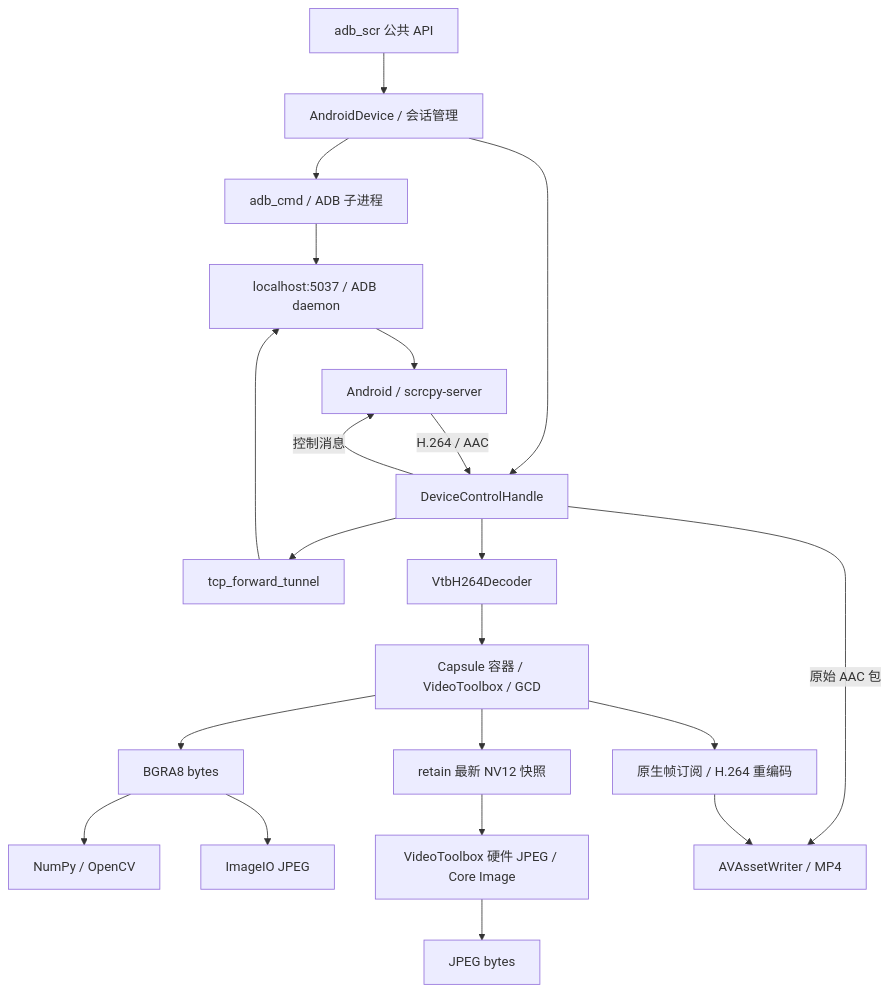
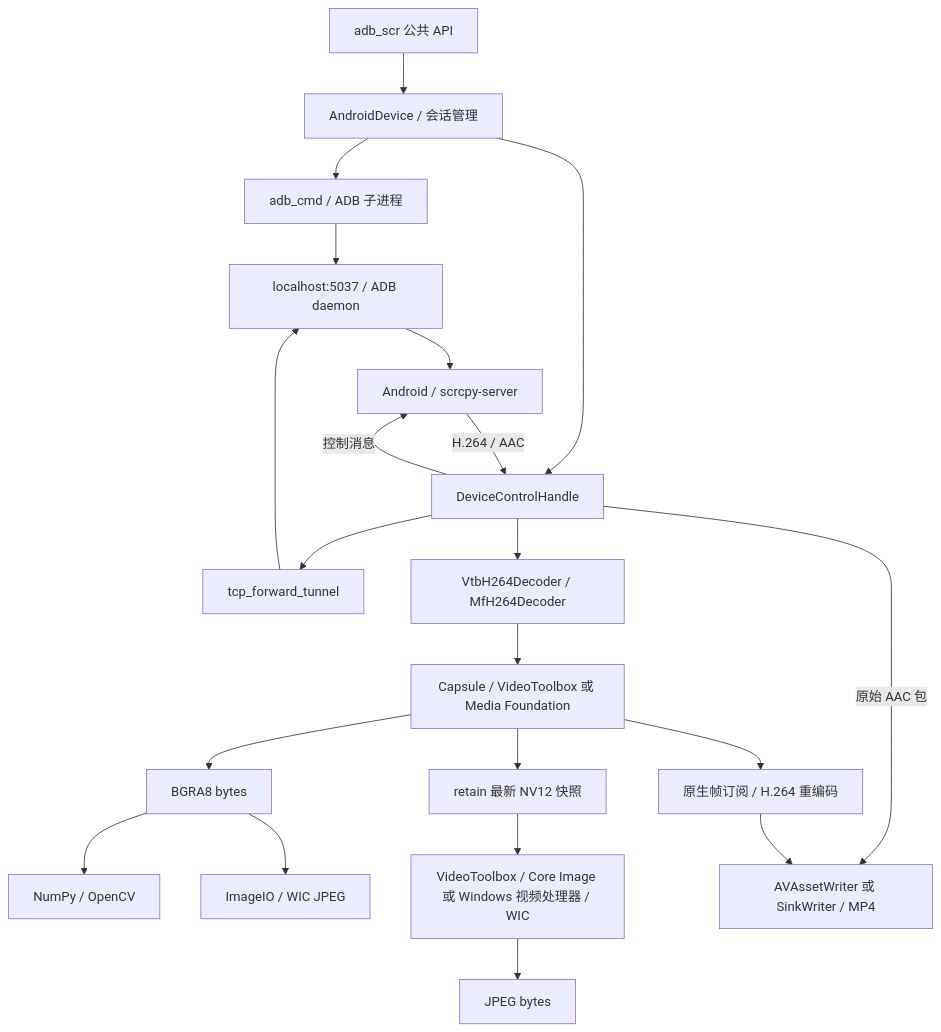
One commit to czf0613/adb_scr_py changed the diagram in docs/architecture.md. Above: the diagram before and after it, drawn with Mermaid. The commit also changed other lines of this file and 35 other files, not shown here.

````diff
--- a/docs/architecture.md
+++ b/docs/architecture.md
@@ -13,23 +13,23 @@
 ```mermaid
 flowchart TD
     API[adb_scr 公共 API] --> Device[AndroidDevice / 会话管理]
     Device --> Cmd[adb_cmd / ADB 子进程]
     Device --> Handle[DeviceControlHandle]
     Handle --> Tunnel[tcp_forward_tunnel]
     Tunnel --> ADB[localhost:5037 / ADB daemon]
     Cmd --> ADB
     ADB --> Phone[Android / scrcpy-server]
     Phone -->|H.264 / AAC| Handle
     Handle -->|控制消息| Phone
-    Handle --> Decoder[VtbH264Decoder]
-    Decoder --> Native[Capsule 容器 / VideoToolbox / GCD]
+    Handle --> Decoder[VtbH264Decoder / MfH264Decoder]
+    Decoder --> Native[Capsule / VideoToolbox 或 Media Foundation]
     Native --> BGRA[BGRA8 bytes]
     BGRA --> CV[NumPy / OpenCV]
-    BGRA --> JPEG[ImageIO JPEG]
+    BGRA --> JPEG[ImageIO / WIC JPEG]
     Native --> Snapshot[retain 最新 NV12 快照]
-    Snapshot --> Direct[VideoToolbox 硬件 JPEG / Core Image]
+    Snapshot --> Direct[VideoToolbox / Core Image 或 Windows 视频处理器 / WIC]
     Direct --> Bytes[JPEG bytes]
     Native --> Recorder[原生帧订阅 / H.264 重编码]
-    Handle -->|原始 AAC 包| Mux[AVAssetWriter / MP4]
+    Handle -->|原始 AAC 包| Mux[AVAssetWriter 或 SinkWriter / MP4]
     Recorder --> Mux
 ```
````
